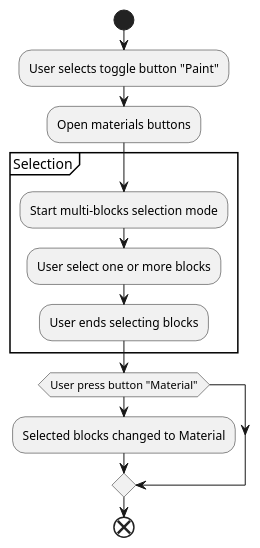
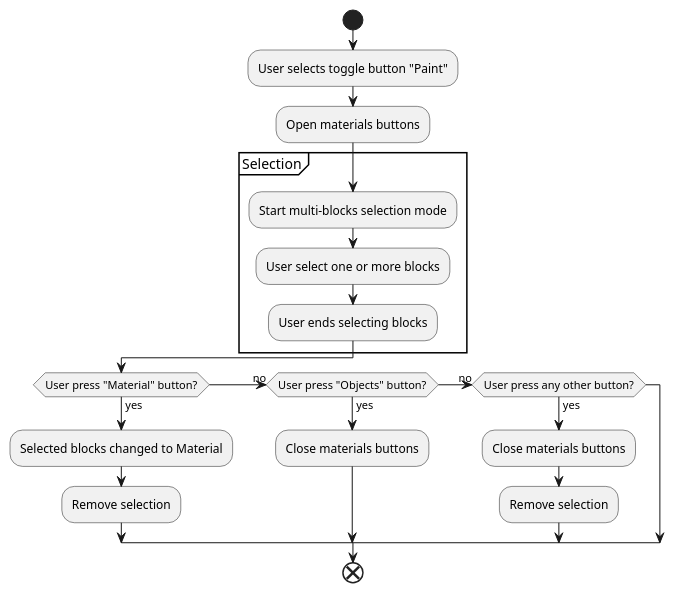
Before and after one commit to devent/dwarfhustle-gamemap: the diagram in dwarfhustle-gamemap-tester-gui-javafx/docs/paint_terrain_blocks_activity.plantuml, drawn with PlantUML. The commit also changed 14 other files, not shown here.

```diff
--- a/dwarfhustle-gamemap-tester-gui-javafx/docs/paint_terrain_blocks_activity.plantuml
+++ b/dwarfhustle-gamemap-tester-gui-javafx/docs/paint_terrain_blocks_activity.plantuml
@@ -1,14 +1,20 @@
 @startuml
 start
 :User selects toggle button "Paint";
 :Open materials buttons;
 group Selection
 :Start multi-blocks selection mode;
 :User select one or more blocks;
 :User ends selecting blocks;
 end group
-if (User press button "Material") then
+if (User press "Material" button?) then (yes)
 :Selected blocks changed to Material;
+:Remove selection;
+(no) elseif (User press "Objects" button?) then (yes)
+:Close materials buttons;
+(no) elseif (User press any other button?) then (yes)
+:Close materials buttons;
+:Remove selection;
 endif
 end
 @enduml
```
